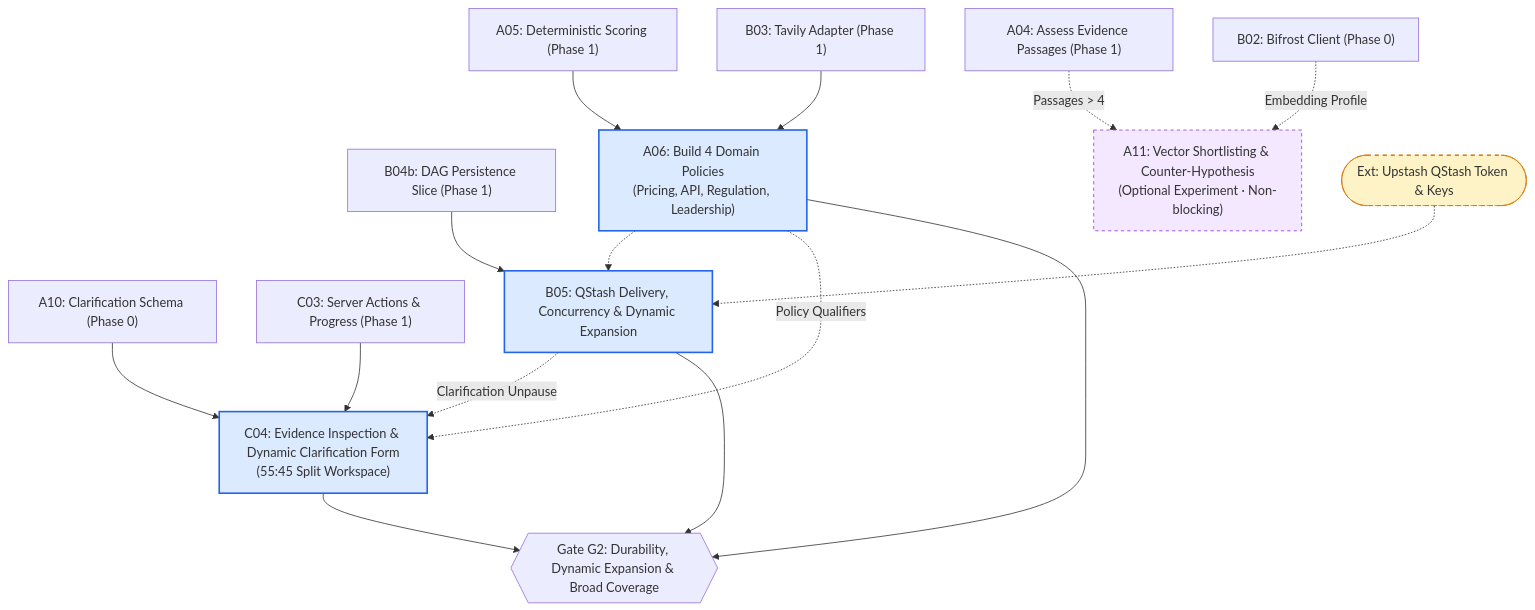
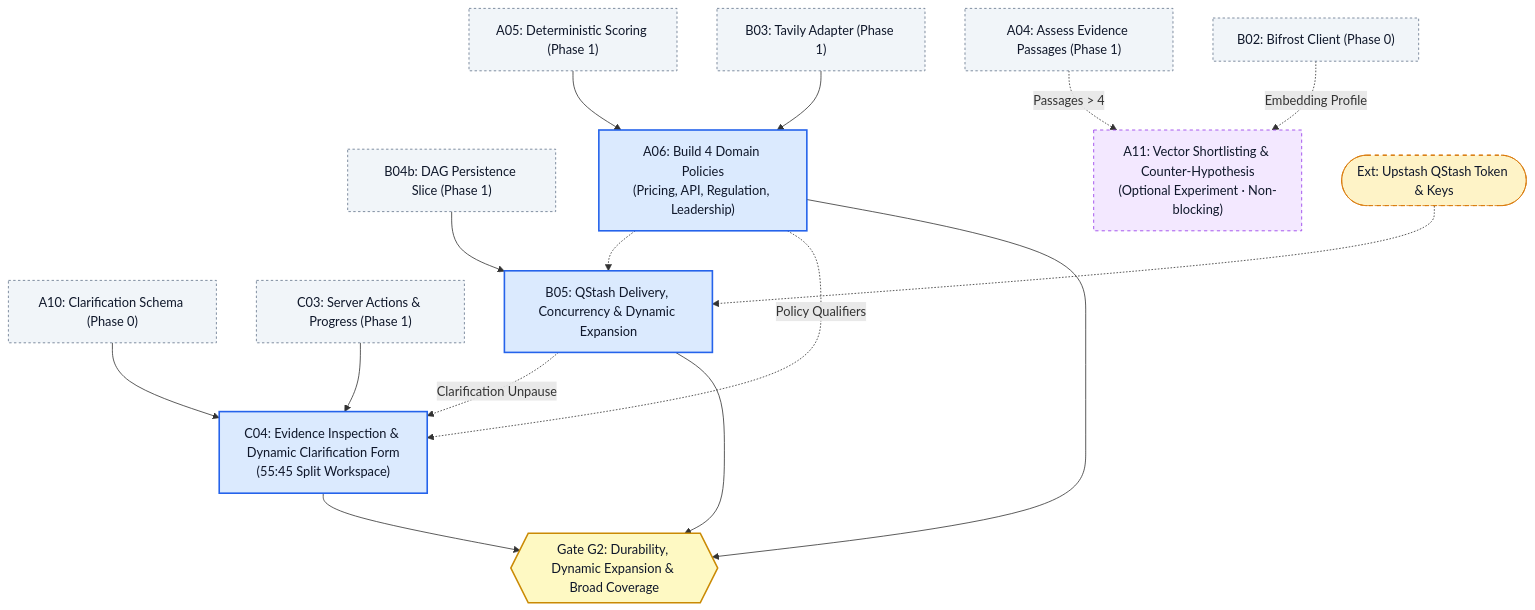
The fourth of 6 diagrams in docs/PARALLEL-WORK-PLAN.md (Driftaxe/Afterfact), drawn with Mermaid before and after one commit. The commit also changed other lines of this file, not shown here.

Commit message:
docs(diagrams): set dark font color on all light background Mermaid nodes

````diff
--- a/docs/PARALLEL-WORK-PLAN.md
+++ b/docs/PARALLEL-WORK-PLAN.md
@@ -253,43 +256,45 @@
 ```mermaid
 flowchart TD
-    classDef unblocked fill:#dbeafe,stroke:#2563eb,stroke-width:2px;
-    classDef external fill:#fef3c7,stroke:#d97706,stroke-width:1px,stroke-dasharray: 5 5;
-    classDef experimental fill:#f3e8ff,stroke:#9333ea,stroke-width:1px,stroke-dasharray: 4 4;
+    classDef unblocked fill:#dbeafe,stroke:#2563eb,stroke-width:2px,color:#0f172a;
+    classDef external fill:#fef3c7,stroke:#d97706,stroke-width:1px,stroke-dasharray: 5 5,color:#0f172a;
+    classDef experimental fill:#f3e8ff,stroke:#9333ea,stroke-width:1px,stroke-dasharray: 4 4,color:#0f172a;
+    classDef upstream fill:#f1f5f9,stroke:#64748b,stroke-width:1px,stroke-dasharray: 3 3,color:#0f172a;
+    classDef gate fill:#fef9c3,stroke:#ca8a04,stroke-width:2px,color:#0f172a;
 
-    A04["A04: Assess Evidence Passages (Phase 1)"]
-    A05["A05: Deterministic Scoring (Phase 1)"]
-    A10["A10: Clarification Schema (Phase 0)"]
-    B02["B02: Bifrost Client (Phase 0)"]
-    B03["B03: Tavily Adapter (Phase 1)"]
-    B04b["B04b: DAG Persistence Slice (Phase 1)"]
-    C03["C03: Server Actions & Progress (Phase 1)"]
+    A04["A04: Assess Evidence Passages (Phase 1)"]:::upstream
+    A05["A05: Deterministic Scoring (Phase 1)"]:::upstream
+    A10["A10: Clarification Schema (Phase 0)"]:::upstream
+    B02["B02: Bifrost Client (Phase 0)"]:::upstream
+    B03["B03: Tavily Adapter (Phase 1)"]:::upstream
+    B04b["B04b: DAG Persistence Slice (Phase 1)"]:::upstream
+    C03["C03: Server Actions & Progress (Phase 1)"]:::upstream
 
     A06["A06: Build 4 Domain Policies\n(Pricing, API, Regulation, Leadership)"]:::unblocked
     A11["A11: Vector Shortlisting & Counter-Hypothesis\n(Optional Experiment · Non-blocking)"]:::experimental
 
     QStashKey(["Ext: Upstash QStash Token & Keys"]):::external
     B05["B05: QStash Delivery, Concurrency & Dynamic Expansion"]:::unblocked
 
     C04["C04: Evidence Inspection & Dynamic Clarification Form\n(55:45 Split Workspace)"]:::unblocked
 
-    GateG2{{"Gate G2: Durability, Dynamic Expansion & Broad Coverage"}}
+    GateG2{{"Gate G2: Durability, Dynamic Expansion & Broad Coverage"}}:::gate
 
     A05 --> A06
     B03 --> A06
 
     A04 -.->|Passages > 4| A11
     B02 -.->|Embedding Profile| A11
 
     B04b --> B05
     A06 -.-> B05
     QStashKey -.-> B05
 
     C03 --> C04
     A10 --> C04
     B05 -.->|Clarification Unpause| C04
     A06 -.->|Policy Qualifiers| C04
 
     A06 --> GateG2
     B05 --> GateG2
     C04 --> GateG2
 ```
````
